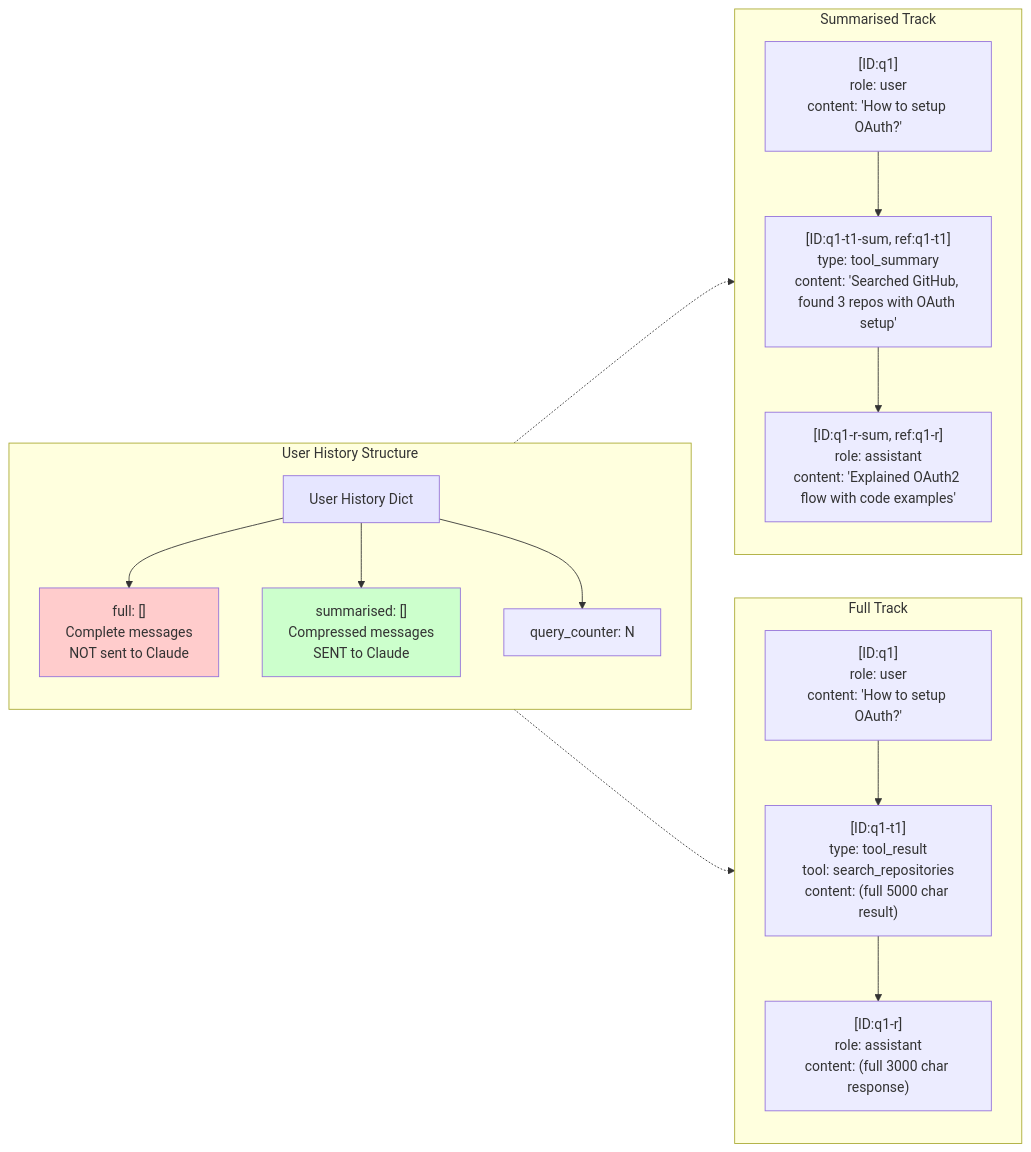
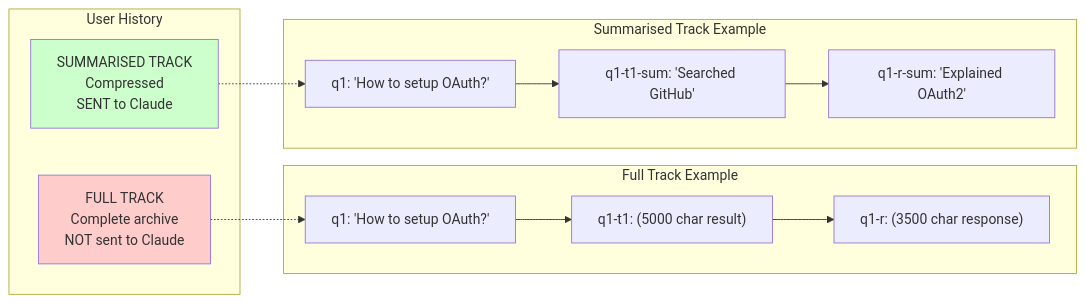
One commit to Suraj198-creator/Kler changed the second of 2 diagrams in TOOL_ORCHESTRATION_FLOW.md. Above: the diagram before and after it, drawn with Mermaid. The commit also changed other lines of this file, not shown here.

````diff
--- a/TOOL_ORCHESTRATION_FLOW.md
+++ b/TOOL_ORCHESTRATION_FLOW.md
@@ -149,39 +155,27 @@
 ```mermaid
 graph LR
-    subgraph "User History Structure"
-        direction TB
-        History[User History Dict]
-        Full["full: []<br/>Complete messages<br/>NOT sent to Claude"]
-        Summarised["summarised: []<br/>Compressed messages<br/>SENT to Claude"]
-        Counter[query_counter: N]
-
-        History --> Full
-        History --> Summarised
-        History --> Counter
+    subgraph "User History"
+        Full["FULL TRACK<br/>Complete archive<br/>NOT sent to Claude"]
+        Summarised["SUMMARISED TRACK<br/>Compressed<br/>SENT to Claude"]
     end
 
-    subgraph "Full Track"
-        direction TB
-        F1["[ID:q1]<br/>role: user<br/>content: 'How to setup OAuth?'"]
-        F2["[ID:q1-t1]<br/>type: tool_result<br/>tool: search_repositories<br/>content: (full 5000 char result)"]
-        F3["[ID:q1-r]<br/>role: assistant<br/>content: (full 3000 char response)"]
-
+    subgraph "Full Track Example"
+        F1["q1: 'How to setup OAuth?'"]
+        F2["q1-t1: (5000 char result)"]
+        F3["q1-r: (3500 char response)"]
         F1 --> F2 --> F3
     end
 
-    subgraph "Summarised Track"
-        direction TB
-        S1["[ID:q1]<br/>role: user<br/>content: 'How to setup OAuth?'"]
-        S2["[ID:q1-t1-sum, ref:q1-t1]<br/>type: tool_summary<br/>content: 'Searched GitHub, found 3 repos with OAuth setup'"]
-        S3["[ID:q1-r-sum, ref:q1-r]<br/>role: assistant<br/>content: 'Explained OAuth2 flow with code examples'"]
-
+    subgraph "Summarised Track Example"
+        S1["q1: 'How to setup OAuth?'"]
+        S2["q1-t1-sum: 'Searched GitHub'"]
+        S3["q1-r-sum: 'Explained OAuth2'"]
         S1 --> S2 --> S3
     end
 
     Full -.-> F1
     Summarised -.-> S1
 
     style Full fill:#ffcccc
     style Summarised fill:#ccffcc
-    style History fill:#e6e6ff
 ```
````
